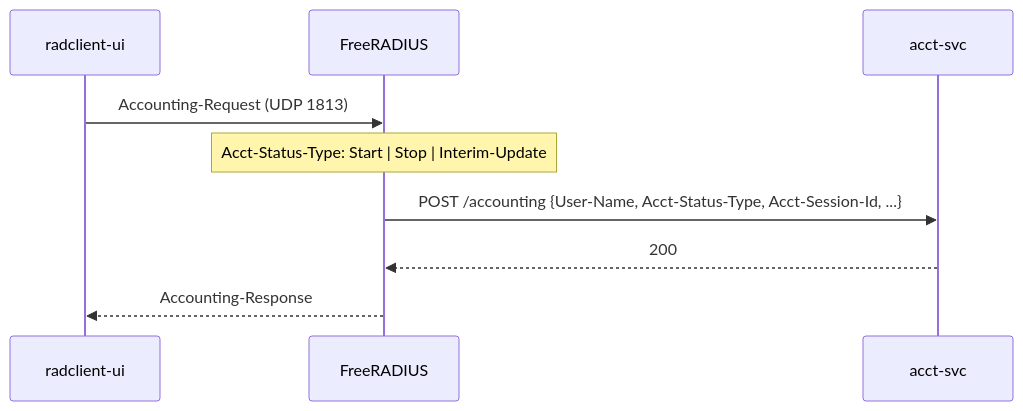
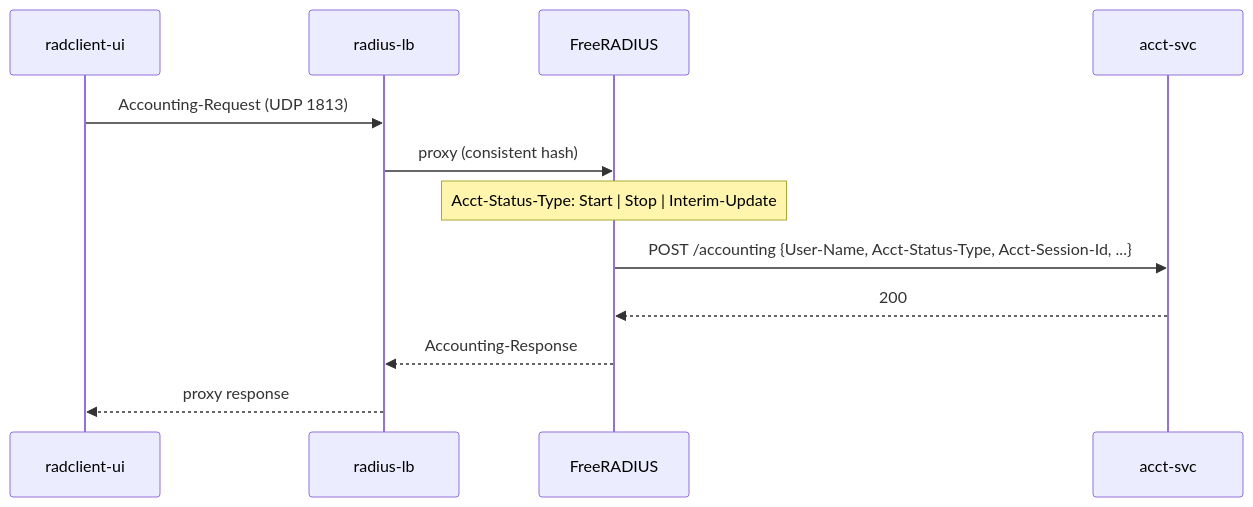
Before and after one commit to Work-Systems-Ltd/freeradius-http-auth: the third of 8 diagrams in README.md, drawn with Mermaid. The commit also changed other lines of this file, not shown here.

Commit message:
refactor: update architecture and request flow in README for improved clarity on load balancing and service interactions

````diff
--- a/README.md
+++ b/README.md
@@ -55,12 +81,15 @@
 ```mermaid
 sequenceDiagram
     participant UI as radclient-ui
+    participant LB as radius-lb
     participant FR as FreeRADIUS
     participant AC as acct-svc
 
-    UI->>FR: Accounting-Request (UDP 1813)
+    UI->>LB: Accounting-Request (UDP 1813)
+    LB->>FR: proxy (consistent hash)
     Note over FR: Acct-Status-Type: Start | Stop | Interim-Update
     FR->>AC: POST /accounting {User-Name, Acct-Status-Type, Acct-Session-Id, ...}
     AC-->>FR: 200
-    FR-->>UI: Accounting-Response
+    FR-->>LB: Accounting-Response
+    LB-->>UI: proxy response
 ```
````
